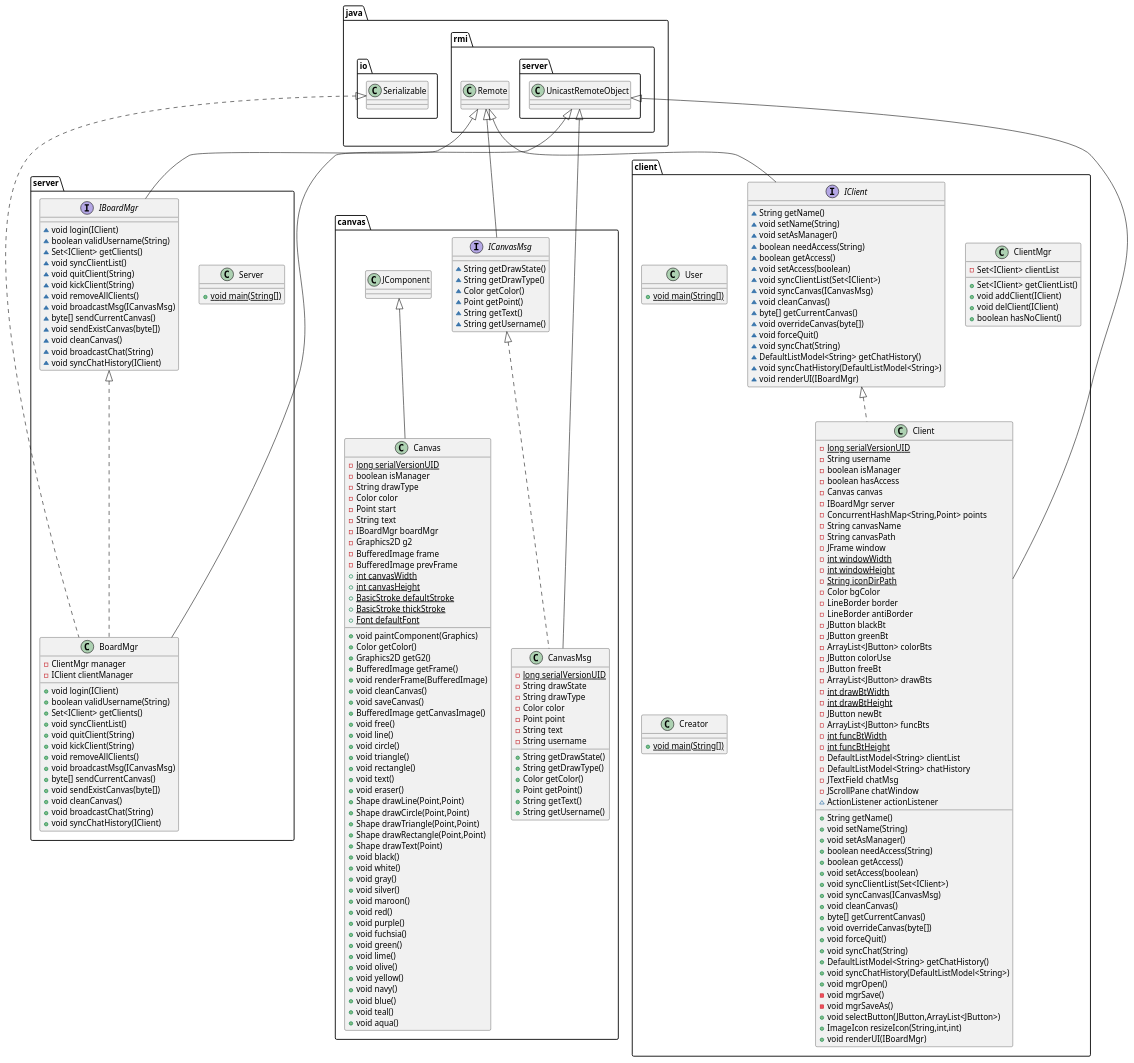
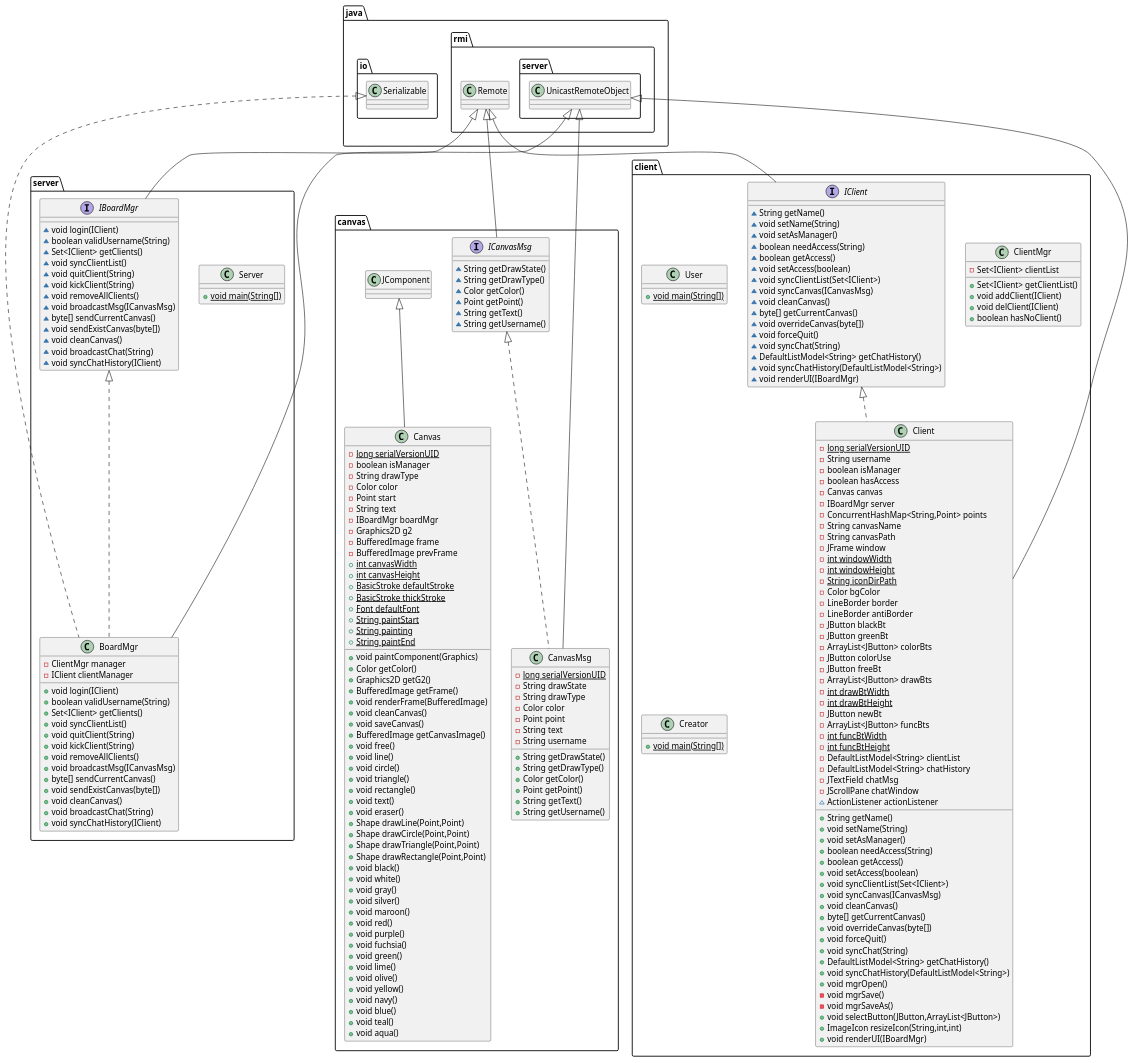
One commit to LOOP115/Shared_White_Board changed the diagram in resources/UML.puml. Above: the diagram before and after it, drawn with PlantUML. The commit also changed 12 other files, not shown here.

```diff
--- a/resources/UML.puml
+++ b/resources/UML.puml
@@ -157,6 +157,9 @@
 + {static} BasicStroke defaultStroke
 + {static} BasicStroke thickStroke
 + {static} Font defaultFont
++ {static} String paintStart
++ {static} String painting
++ {static} String paintEnd
 + void paintComponent(Graphics)
 + Color getColor()
 + Graphics2D getG2()
@@ -176,7 +179,6 @@
 + Shape drawCircle(Point,Point)
 + Shape drawTriangle(Point,Point)
 + Shape drawRectangle(Point,Point)
-+ Shape drawText(Point)
 + void black()
 + void white()
 + void gray()
```
